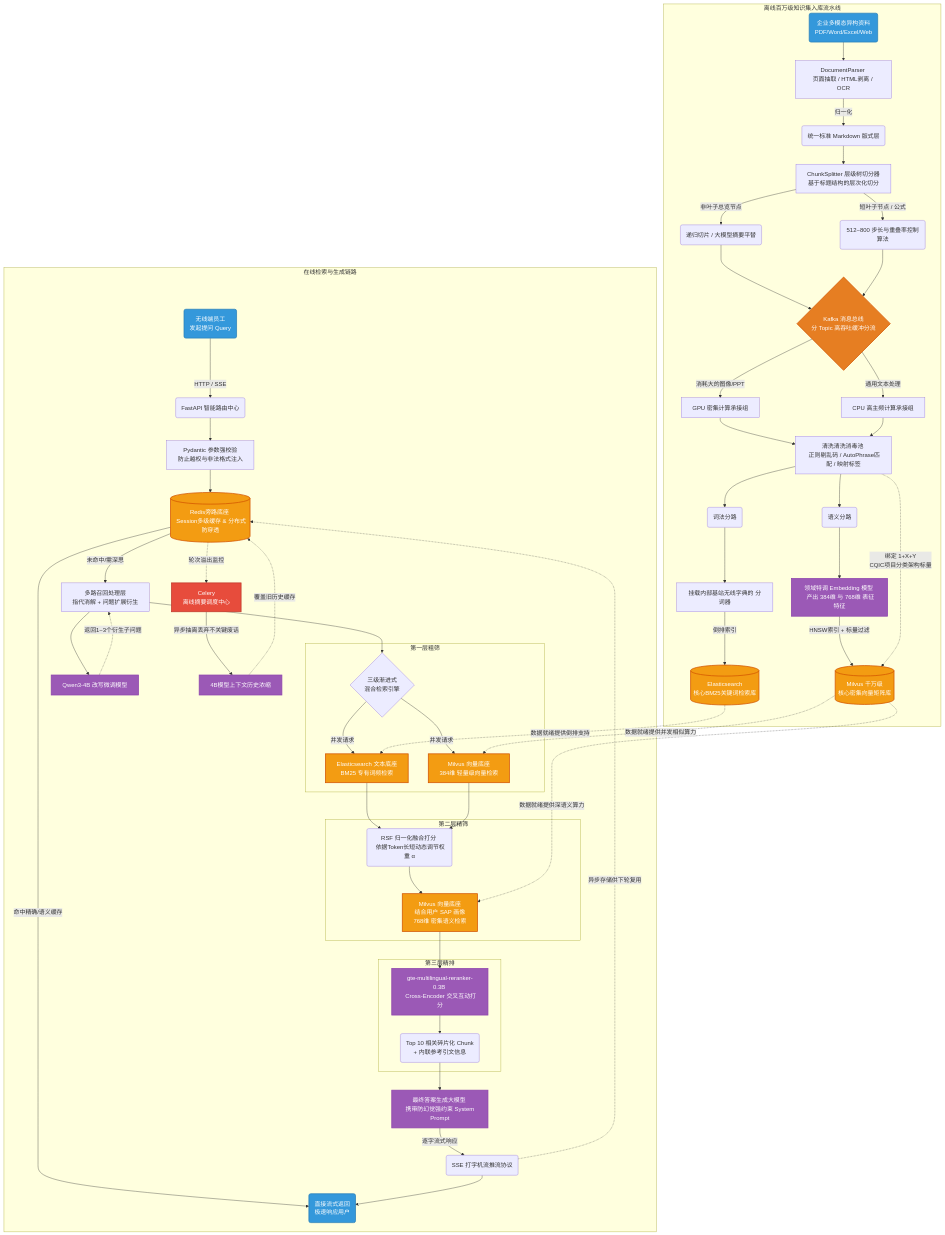
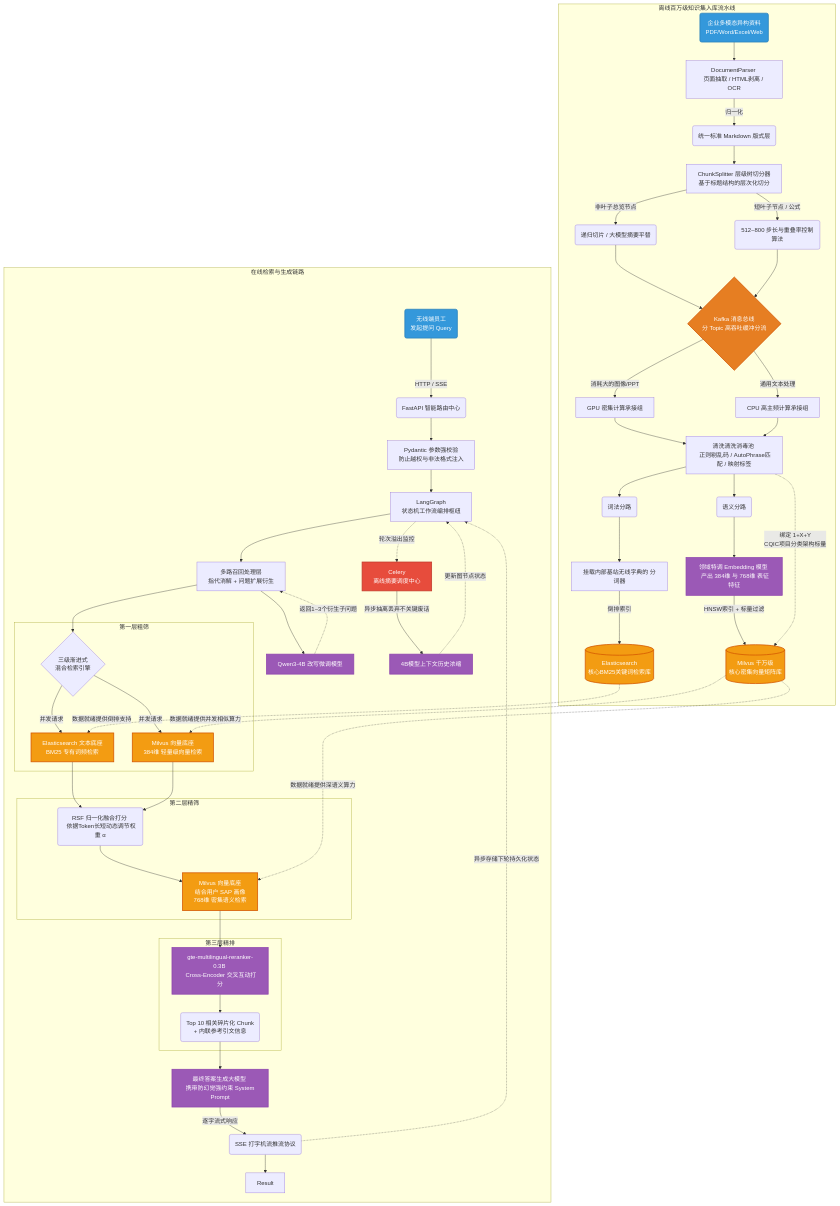
The diagram in RAG系统/00_RAG系统概要.md (edwin98/Obsidian-Notes), drawn with Mermaid before and after one commit. The commit also changed other lines of this file, not shown here.

```diff
--- a/RAG系统/00_RAG系统概要.md
+++ b/RAG系统/00_RAG系统概要.md
@@ -29,11 +29,9 @@
     subgraph 在线检索与生成链路
         U("无线端员工 <br/> 发起提问 Query"):::user -->|"HTTP / SSE"| APIGateway("FastAPI 智能路由中心")
         APIGateway --> PydanticCheck["Pydantic 参数强校验 <br/> 防止越权与非法格式注入"]
-        PydanticCheck --> RedisCache[("Redis旁路底座 <br/> Session多级缓存 & 分布式防穿透")]:::db
+        PydanticCheck --> LangGraph["LangGraph<br/>状态机工作流编排枢纽"]
         
-        RedisCache -- "命中精确/语义缓存" --> Result("直接流式返回 <br/> 极速响应用户"):::user
-        
-        RedisCache -- "未命中/需深思" --> Rewrite["多路召回处理层 <br/> 指代消解 + 问题扩展衍生"]
+        LangGraph --> Rewrite["多路召回处理层 <br/> 指代消解 + 问题扩展衍生"]
         Rewrite --> qwen4b["Qwen3-4B 改写微调模型"]:::llm
         qwen4b -. "返回1~3个衍生子问题" .-> Rewrite
         
@@ -58,12 +56,12 @@
         DocList --> Generator["最终答案生成大模型 <br/> 携带防幻觉强约束 System Prompt"]:::llm
         Generator -- "逐字流式响应" --> SSE("SSE 打字机流推流协议")
         SSE --> Result
-        SSE -. "异步存储供下轮复用" .-> RedisCache
+        SSE -. "异步存储下轮持久化状态" .-> LangGraph
         
         %% 背景离线异步任务
-        RedisCache -. "轮次溢出监控" .-> CeleryTask["Celery <br/> 离线摘要调度中心"]:::celery
+        LangGraph -. "轮次溢出监控" .-> CeleryTask["Celery <br/> 离线摘要调度中心"]:::celery
         CeleryTask -->|"异步抽离丢弃不关键废话"| Summarizer["4B模型上下文历史浓缩"]:::llm
-        Summarizer -. "覆盖旧历史缓存" .-> RedisCache
+        Summarizer -. "更新图节点状态" .-> LangGraph
     end
 
     %% ---------------- 离线知识摄入与预处理流水线 ----------------
```
